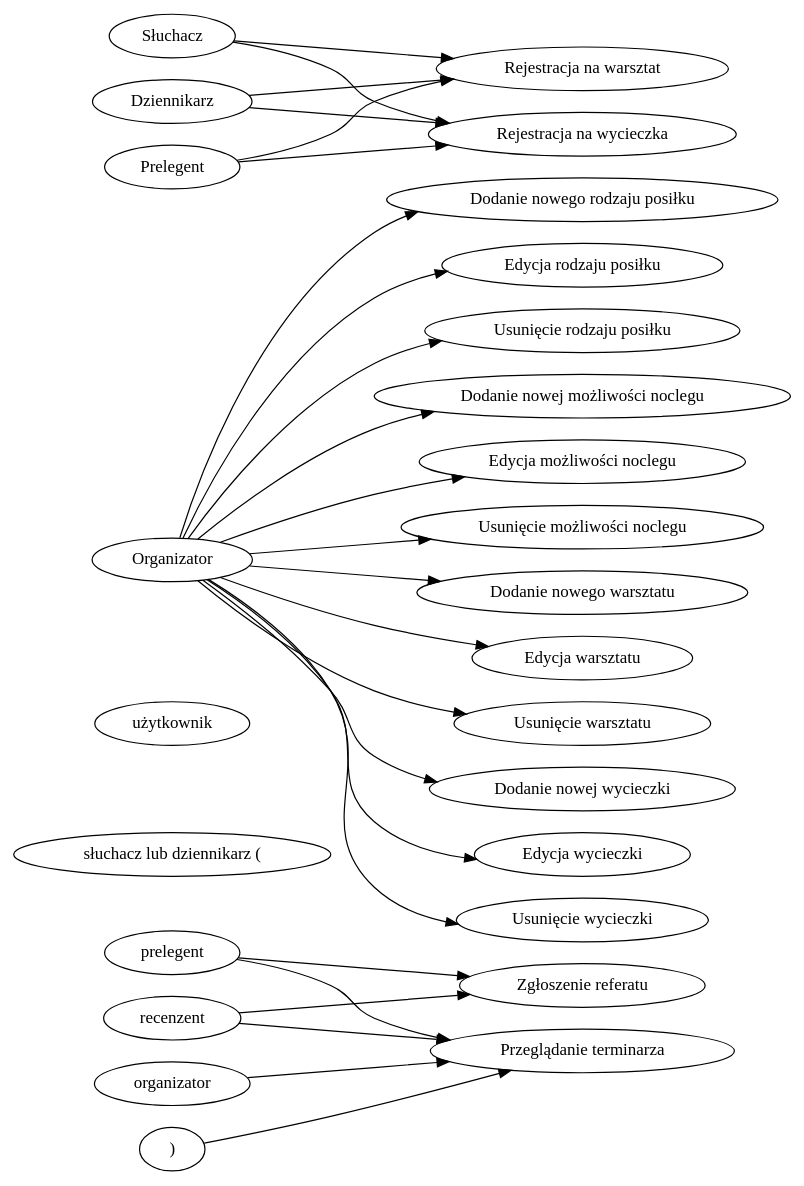
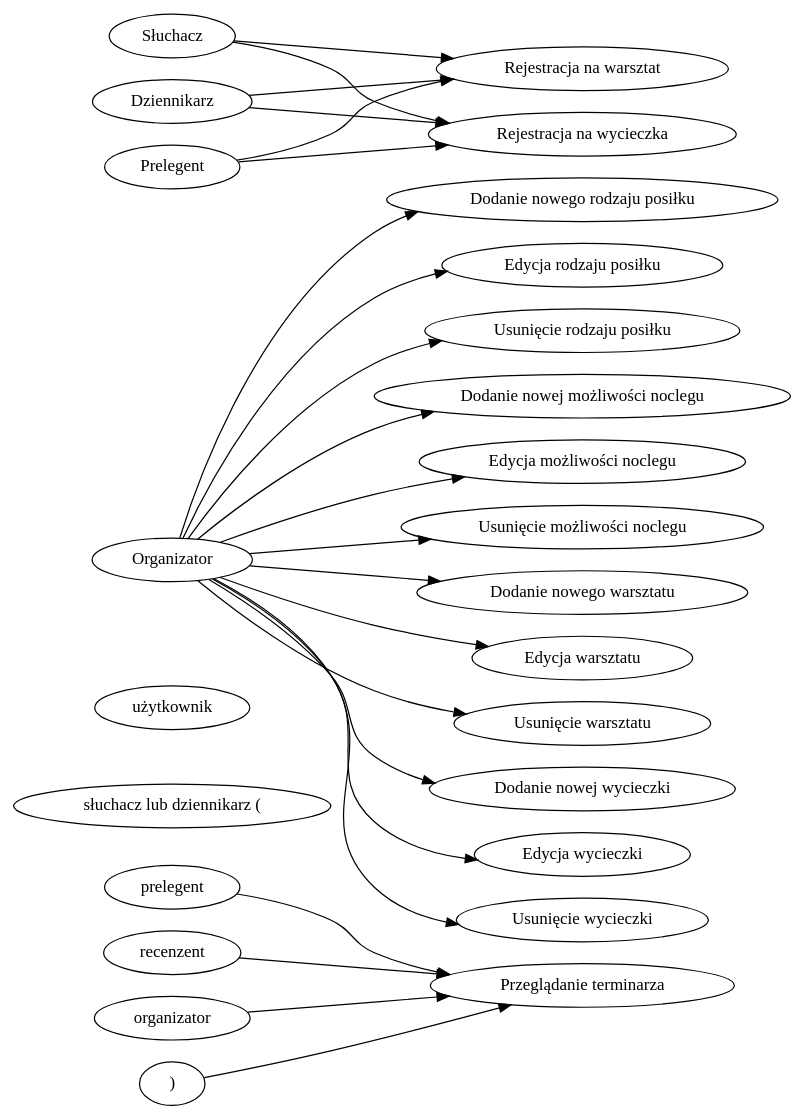
One commit to zyla/iop_konferencja changed the diagram in przypadki.dot. Above: the diagram before and after it, drawn with Graphviz. The commit also changed 4 other files, not shown here.

```diff
--- a/przypadki.dot
+++ b/przypadki.dot
@@ -1,25 +1,23 @@
-digraph { rankdir=LR; "prelegent" -> "Zgłoszenie referatu"
-"recenzent" -> "Zgłoszenie referatu"
-"prelegent" -> "Przeglądanie terminarza"
+digraph { rankdir=LR; "prelegent" -> "Przeglądanie terminarza"
 "recenzent" -> "Przeglądanie terminarza"
 "organizator" -> "Przeglądanie terminarza"
 "słuchacz lub dziennikarz ("użytkownik")" -> "Przeglądanie terminarza"
 "Organizator" -> "Dodanie nowego rodzaju posiłku"
 "Organizator" -> "Edycja rodzaju posiłku"
 "Organizator" -> "Usunięcie rodzaju posiłku"
 "Organizator" -> "Dodanie nowej możliwości noclegu"
 "Organizator" -> "Edycja możliwości noclegu"
 "Organizator" -> "Usunięcie możliwości noclegu"
 "Organizator" -> "Dodanie nowego warsztatu"
 "Organizator" -> "Edycja warsztatu"
 "Organizator" -> "Usunięcie warsztatu"
 "Organizator" -> "Dodanie nowej wycieczki"
 "Organizator" -> "Edycja wycieczki"
 "Organizator" -> "Usunięcie wycieczki"
 "Słuchacz" -> "Rejestracja na warsztat"
 "Dziennikarz" -> "Rejestracja na warsztat"
 "Prelegent" -> "Rejestracja na warsztat"
 "Słuchacz" -> "Rejestracja na wycieczka"
 "Dziennikarz" -> "Rejestracja na wycieczka"
 "Prelegent" -> "Rejestracja na wycieczka"
  }
```
